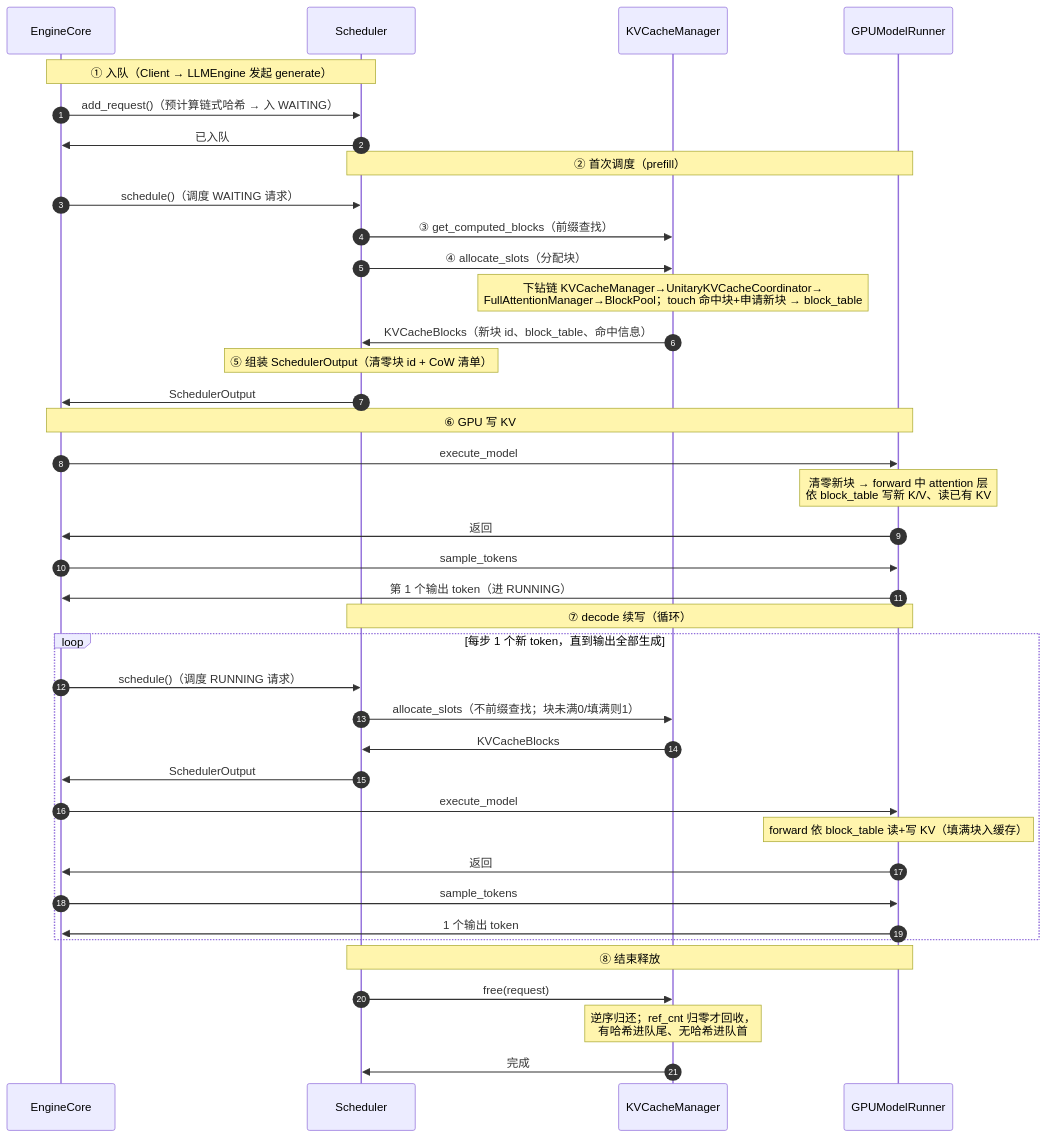
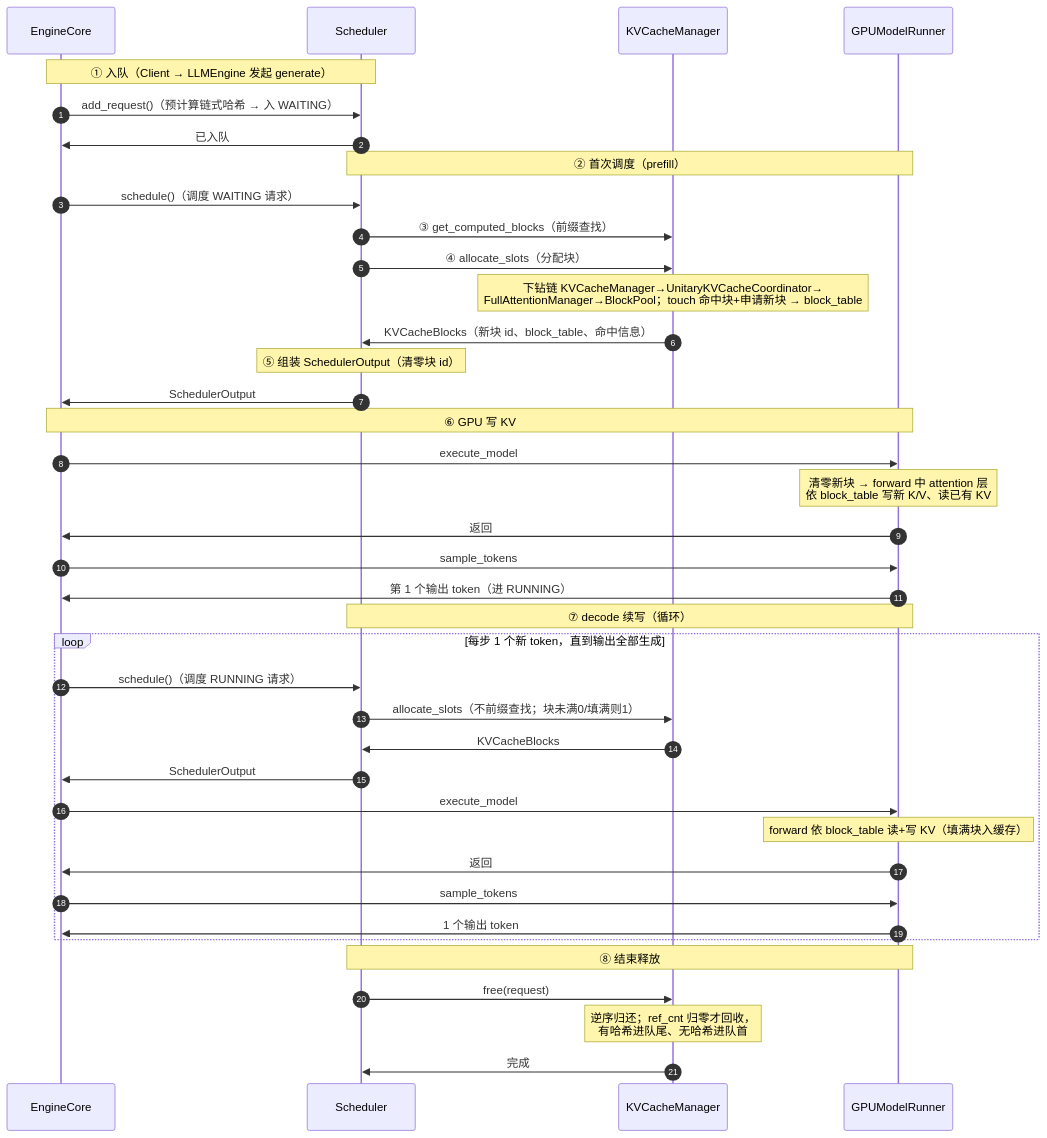
The second of 8 diagrams in vllm/v1/core/kvcache_docs/0_end_to_end_sequence.md (GoCHug/vllm), drawn with Mermaid before and after one commit. The commit also changed other lines of this file and 6 other files, not shown here.

````diff
--- a/vllm/v1/core/kvcache_docs/0_end_to_end_sequence.md
+++ b/vllm/v1/core/kvcache_docs/0_end_to_end_sequence.md
@@ -170,47 +170,47 @@
 ```mermaid
 %%{init: {"themeVariables": {"actorFontSize": "11px", "messageFontSize": "11px", "noteFontSize": "11px"}, "sequence": {"actorMargin": 40, "messageMargin": 16, "noteMargin": 8, "boxMargin": 8, "mirrorActors": true}}}%%
 sequenceDiagram
     autonumber
     participant EngineCore
     participant Scheduler
     participant KVCacheManager
     participant GPUModelRunner
 
     Note over EngineCore,Scheduler: ① 入队（Client → LLMEngine 发起 generate）
     EngineCore->>Scheduler: add_request()（预计算链式哈希 → 入 WAITING）
     Scheduler->>EngineCore: 已入队
 
     Note over Scheduler,GPUModelRunner: ② 首次调度（prefill）
     EngineCore->>Scheduler: schedule()（调度 WAITING 请求）
     Scheduler->>KVCacheManager: ③ get_computed_blocks（前缀查找）
     Scheduler->>KVCacheManager: ④ allocate_slots（分配块）
     Note over KVCacheManager: 下钻链 KVCacheManager→UnitaryKVCacheCoordinator→<br/>FullAttentionManager→BlockPool；touch 命中块+申请新块 → block_table
     KVCacheManager->>Scheduler: KVCacheBlocks（新块 id、block_table、命中信息）
-    Note over Scheduler: ⑤ 组装 SchedulerOutput（清零块 id + CoW 清单）
+    Note over Scheduler: ⑤ 组装 SchedulerOutput（清零块 id）
     Scheduler->>EngineCore: SchedulerOutput
 
     Note over EngineCore,GPUModelRunner: ⑥ GPU 写 KV
     EngineCore->>GPUModelRunner: execute_model
     Note over GPUModelRunner: 清零新块 → forward 中 attention 层<br/>依 block_table 写新 K/V、读已有 KV
     GPUModelRunner->>EngineCore: 返回
     EngineCore->>GPUModelRunner: sample_tokens
     GPUModelRunner->>EngineCore: 第 1 个输出 token（进 RUNNING）
 
     Note over Scheduler,GPUModelRunner: ⑦ decode 续写（循环）
     loop 每步 1 个新 token，直到输出全部生成
         EngineCore->>Scheduler: schedule()（调度 RUNNING 请求）
         Scheduler->>KVCacheManager: allocate_slots（不前缀查找；块未满0/填满则1）
         KVCacheManager->>Scheduler: KVCacheBlocks
         Scheduler->>EngineCore: SchedulerOutput
         EngineCore->>GPUModelRunner: execute_model
         Note over GPUModelRunner: forward 依 block_table 读+写 KV（填满块入缓存）
         GPUModelRunner->>EngineCore: 返回
         EngineCore->>GPUModelRunner: sample_tokens
         GPUModelRunner->>EngineCore: 1 个输出 token
     end
 
     Note over Scheduler,GPUModelRunner: ⑧ 结束释放
     Scheduler->>KVCacheManager: free(request)
     Note over KVCacheManager: 逆序归还；ref_cnt 归零才回收，<br/>有哈希进队尾、无哈希进队首
     KVCacheManager->>Scheduler: 完成
 ```
````
